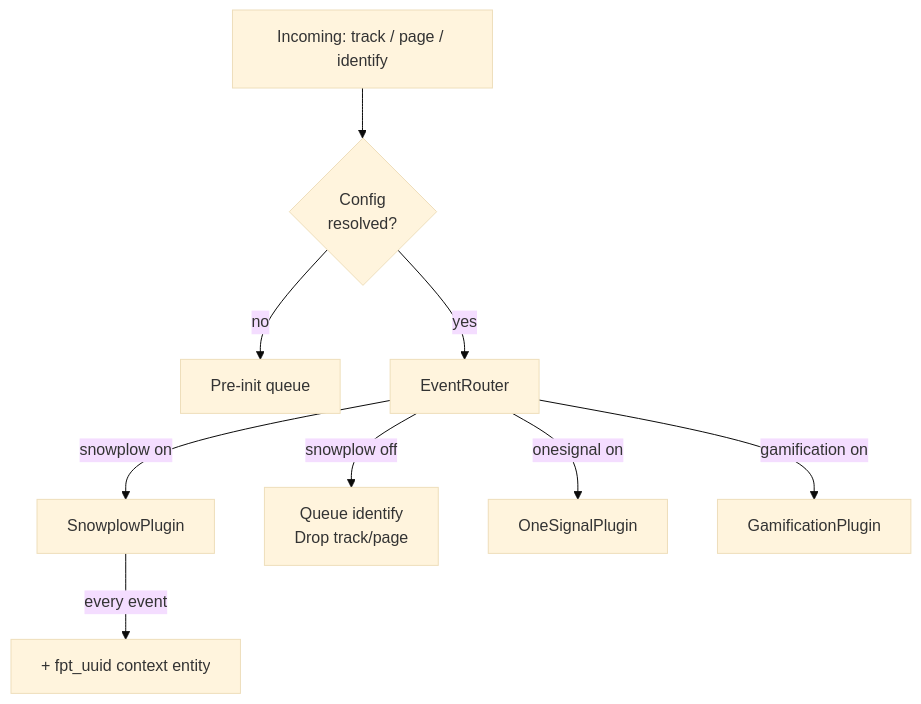
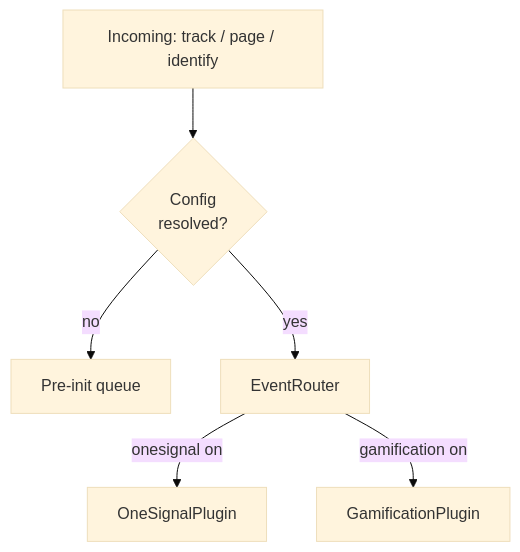
One commit to CExP-dev/cexp-hub-sdk changed the eighth of 8 diagrams in docs/superpowers/architecture/2026-03-20-cexp-hub-sdk-system-architecture.md. Above: the diagram before and after it, drawn with Mermaid (base theme). The commit also changed other lines of this file and 10 other files, not shown here.

````diff
--- a/docs/superpowers/architecture/2026-03-20-cexp-hub-sdk-system-architecture.md
+++ b/docs/superpowers/architecture/2026-03-20-cexp-hub-sdk-system-architecture.md
@@ -246,13 +243,9 @@
 ```mermaid
 flowchart TB
   E["Incoming: track / page / identify"] --> PQ{"Config\nresolved?"}
   PQ -->|no| Q["Pre-init queue"]
   PQ -->|yes| R[EventRouter]
 
-  R -->|"snowplow on"| S[SnowplowPlugin]
-  R -->|"snowplow off"| SQ["Queue identify\nDrop track/page"]
   R -->|"onesignal on"| O[OneSignalPlugin]
   R -->|"gamification on"| G[GamificationPlugin]
-
-  S -->|"every event"| Ctx["+ fpt_uuid context entity"]
 ```
````
